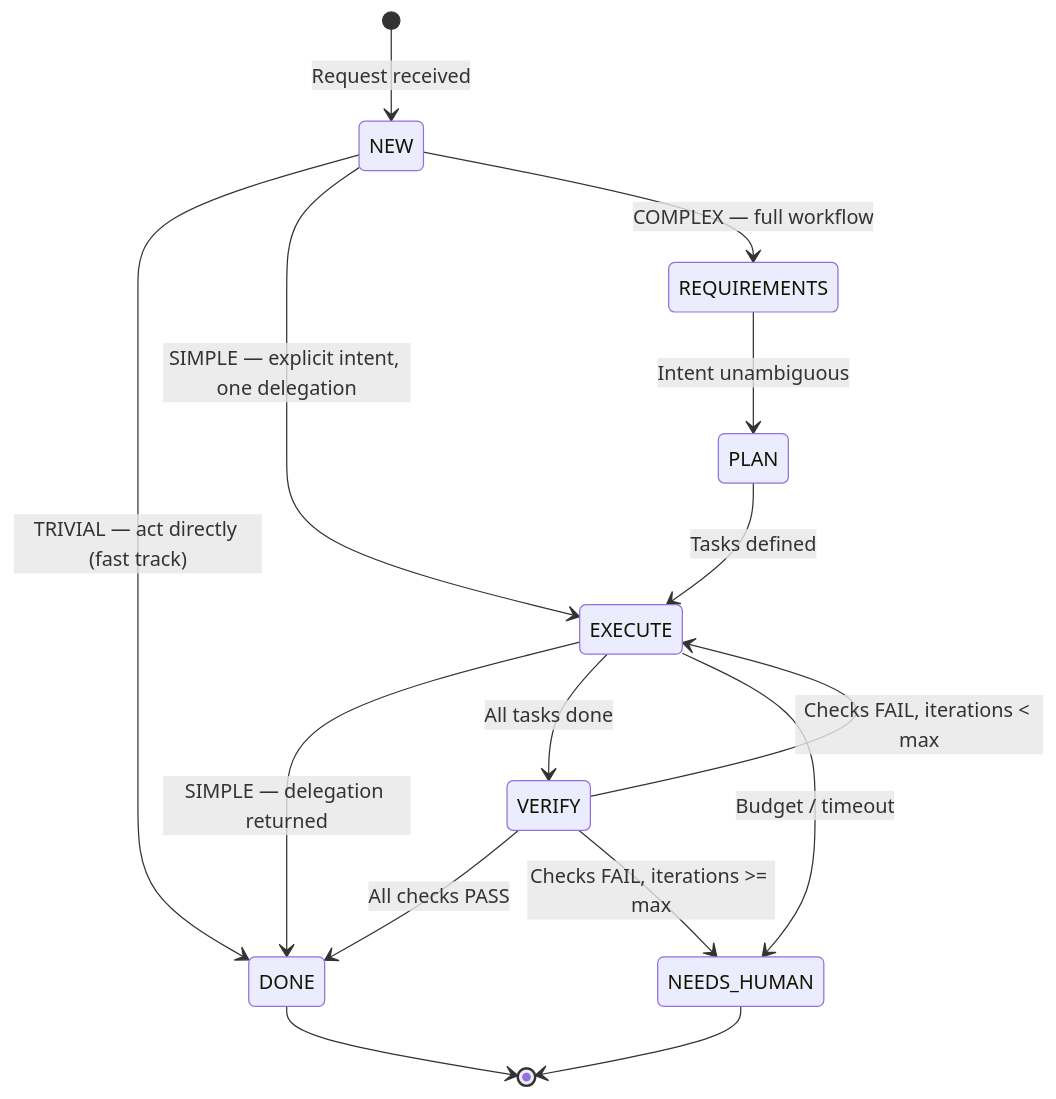
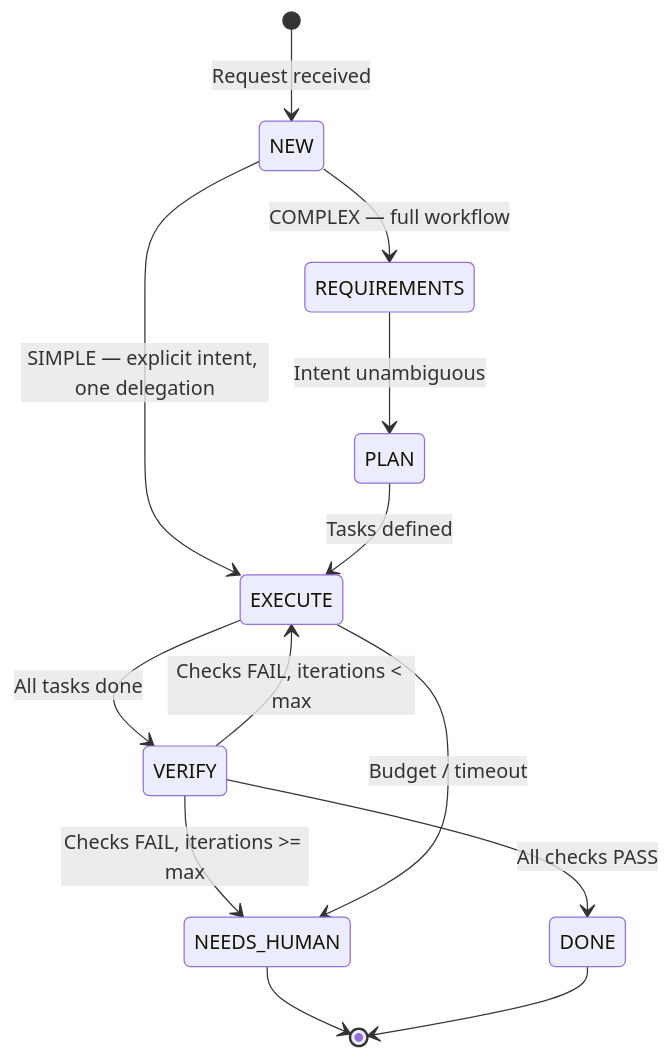
One commit to dimahc/tori-agent changed the first of 2 diagrams in README.md. Above: the diagram before and after it, drawn with Mermaid. The commit also changed other lines of this file and 11 other files, not shown here.

````diff
--- a/README.md
+++ b/README.md
@@ -31,17 +31,15 @@
 ```mermaid
 stateDiagram-v2
     [*] --> NEW: Request received
-    NEW --> DONE: TRIVIAL — act directly (fast track)
     NEW --> EXECUTE: SIMPLE — explicit intent, one delegation
-    EXECUTE --> DONE: SIMPLE — delegation returned
     NEW --> REQUIREMENTS: COMPLEX — full workflow
     REQUIREMENTS --> PLAN: Intent unambiguous
     PLAN --> EXECUTE: Tasks defined
     EXECUTE --> VERIFY: All tasks done
     VERIFY --> DONE: All checks PASS
     VERIFY --> EXECUTE: Checks FAIL, iterations < max
     VERIFY --> NEEDS_HUMAN: Checks FAIL, iterations >= max
     EXECUTE --> NEEDS_HUMAN: Budget / timeout
     NEEDS_HUMAN --> [*]
     DONE --> [*]
 ```
````
